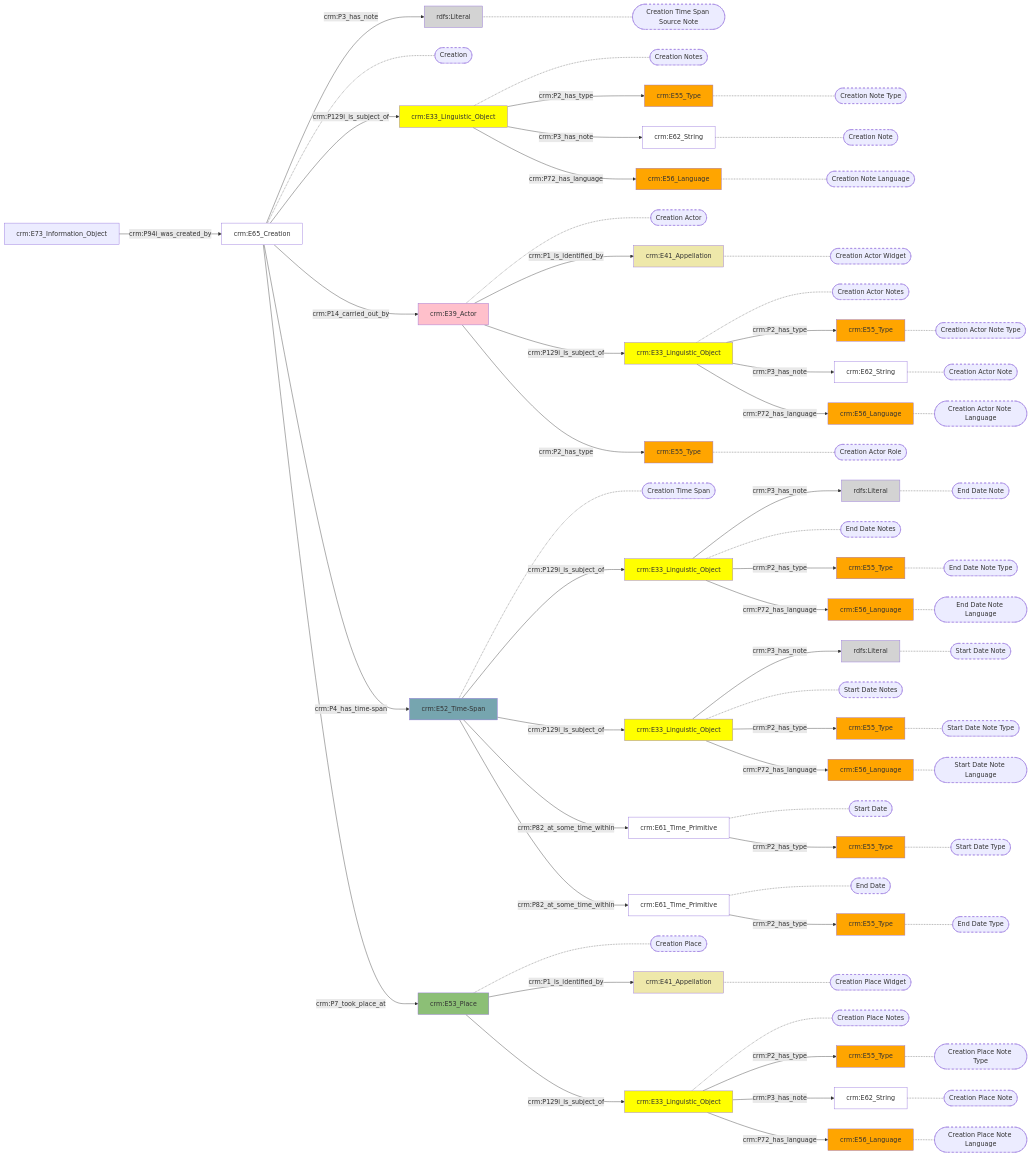
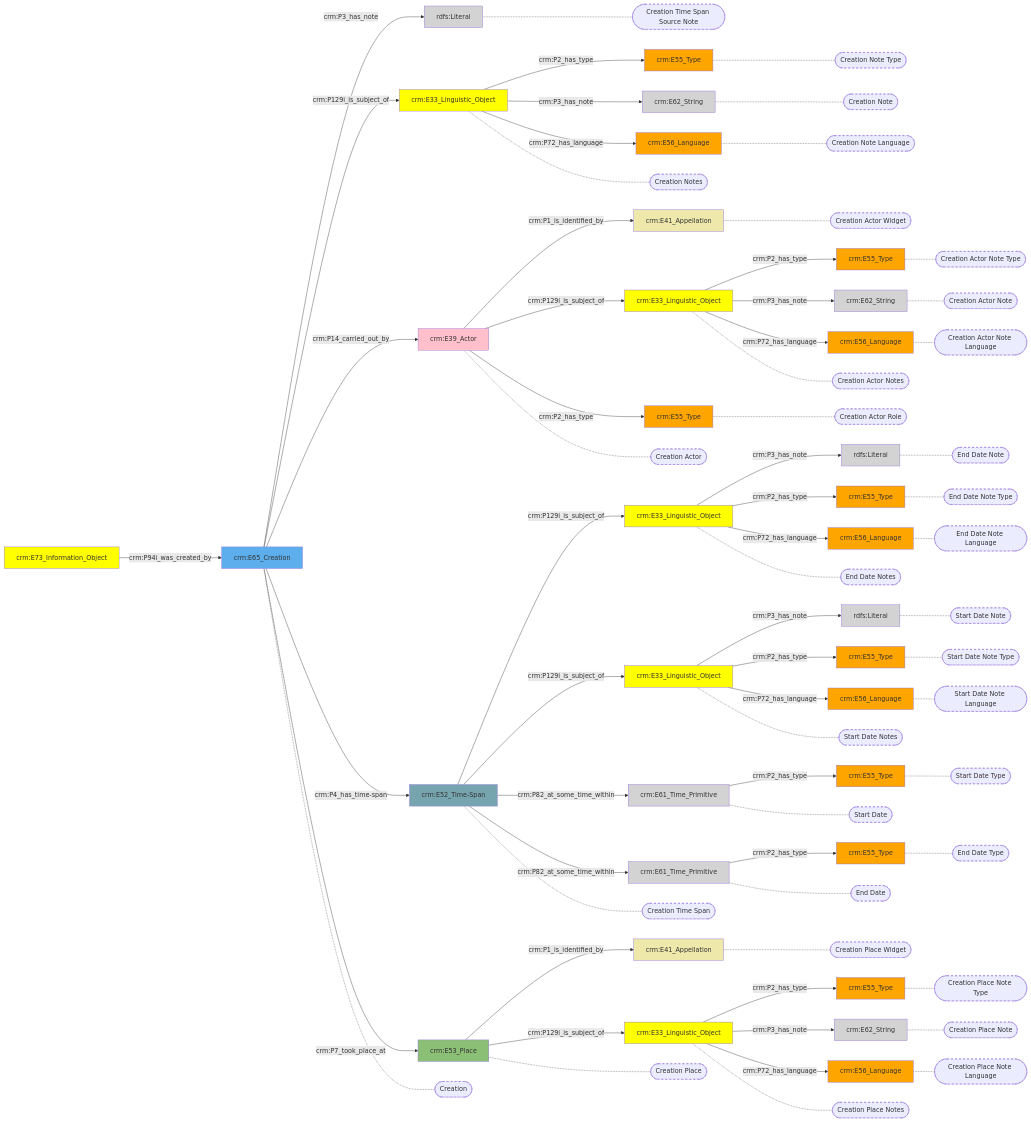
One commit to digipolisantwerpdocumentation/antwerp-cultureel-erfgoed changed the diagram in docs/content/modellen/ArchiefItemImmaterieel/Creatie.md. Above: the diagram before and after it, drawn with Mermaid. The commit also changed 32 other files, not shown here.

````diff
--- a/docs/content/modellen/ArchiefItemImmaterieel/Creatie.md
+++ b/docs/content/modellen/ArchiefItemImmaterieel/Creatie.md
@@ -3,6 +3,35 @@
 2f62e096-a5fe-11ec-b19f-9cf387da2c40["crm:E65_Creation"]-->|"crm:P3_has_note"|2f6242a8-a5fe-11ec-b19f-9cf387da2c40(rdfs:Literal)
 2f6384ba-a5fe-11ec-b19f-9cf387da2c40["crm:E33_Linguistic_Object"]-->|"crm:P3_has_note"|2f638a8c-a5fe-11ec-b19f-9cf387da2c40(rdfs:Literal)
 2f638cd0-a5fe-11ec-b19f-9cf387da2c40["crm:E33_Linguistic_Object"]-->|"crm:P3_has_note"|2f63835c-a5fe-11ec-b19f-9cf387da2c40(rdfs:Literal)
+2f62ac52-a5fe-11ec-b19f-9cf387da2c40["crm:E52_Time-Span"]-->|"crm:P129i_is_subject_of"|2f6384ba-a5fe-11ec-b19f-9cf387da2c40["crm:E33_Linguistic_Object"]
+2f62ac52-a5fe-11ec-b19f-9cf387da2c40["crm:E52_Time-Span"]-->|"crm:P129i_is_subject_of"|2f638cd0-a5fe-11ec-b19f-9cf387da2c40["crm:E33_Linguistic_Object"]
+2f62ac52-a5fe-11ec-b19f-9cf387da2c40["crm:E52_Time-Span"]-->|"crm:P82_at_some_time_within"|2f638848-a5fe-11ec-b19f-9cf387da2c40["crm:E61_Time_Primitive"]
+2f62ac52-a5fe-11ec-b19f-9cf387da2c40["crm:E52_Time-Span"]-->|"crm:P82_at_some_time_within"|2f638c44-a5fe-11ec-b19f-9cf387da2c40["crm:E61_Time_Primitive"]
+2f62b990-a5fe-11ec-b19f-9cf387da2c40["crm:E33_Linguistic_Object"]-->|"crm:P2_has_type"|2f636f8e-a5fe-11ec-b19f-9cf387da2c40["crm:E55_Type"]
+2f62b990-a5fe-11ec-b19f-9cf387da2c40["crm:E33_Linguistic_Object"]-->|"crm:P3_has_note"|2f6368ae-a5fe-11ec-b19f-9cf387da2c40["crm:E62_String"]
+2f62b990-a5fe-11ec-b19f-9cf387da2c40["crm:E33_Linguistic_Object"]-->|"crm:P72_has_language"|2f638186-a5fe-11ec-b19f-9cf387da2c40["crm:E56_Language"]
+2f62c5a2-a5fe-11ec-b19f-9cf387da2c40["crm:E53_Place"]-->|"crm:P1_is_identified_by"|2f63867c-a5fe-11ec-b19f-9cf387da2c40["crm:E41_Appellation"]
+2f62c5a2-a5fe-11ec-b19f-9cf387da2c40["crm:E53_Place"]-->|"crm:P129i_is_subject_of"|2f63896a-a5fe-11ec-b19f-9cf387da2c40["crm:E33_Linguistic_Object"]
+2f62d240-a5fe-11ec-b19f-9cf387da2c40["crm:E39_Actor"]-->|"crm:P1_is_identified_by"|2f6382c6-a5fe-11ec-b19f-9cf387da2c40["crm:E41_Appellation"]
+2f62d240-a5fe-11ec-b19f-9cf387da2c40["crm:E39_Actor"]-->|"crm:P129i_is_subject_of"|2f638230-a5fe-11ec-b19f-9cf387da2c40["crm:E33_Linguistic_Object"]
+2f62d240-a5fe-11ec-b19f-9cf387da2c40["crm:E39_Actor"]-->|"crm:P2_has_type"|2f63940a-a5fe-11ec-b19f-9cf387da2c40["crm:E55_Type"]
+2f62e096-a5fe-11ec-b19f-9cf387da2c40["crm:E65_Creation"]-->|"crm:P129i_is_subject_of"|2f62b990-a5fe-11ec-b19f-9cf387da2c40["crm:E33_Linguistic_Object"]
+2f62e096-a5fe-11ec-b19f-9cf387da2c40["crm:E65_Creation"]-->|"crm:P14_carried_out_by"|2f62d240-a5fe-11ec-b19f-9cf387da2c40["crm:E39_Actor"]
+2f62e096-a5fe-11ec-b19f-9cf387da2c40["crm:E65_Creation"]-->|"crm:P4_has_time-span"|2f62ac52-a5fe-11ec-b19f-9cf387da2c40["crm:E52_Time-Span"]
+2f62e096-a5fe-11ec-b19f-9cf387da2c40["crm:E65_Creation"]-->|"crm:P7_took_place_at"|2f62c5a2-a5fe-11ec-b19f-9cf387da2c40["crm:E53_Place"]
+2f638230-a5fe-11ec-b19f-9cf387da2c40["crm:E33_Linguistic_Object"]-->|"crm:P2_has_type"|2f638712-a5fe-11ec-b19f-9cf387da2c40["crm:E55_Type"]
+2f638230-a5fe-11ec-b19f-9cf387da2c40["crm:E33_Linguistic_Object"]-->|"crm:P3_has_note"|2f6385dc-a5fe-11ec-b19f-9cf387da2c40["crm:E62_String"]
+2f638230-a5fe-11ec-b19f-9cf387da2c40["crm:E33_Linguistic_Object"]-->|"crm:P72_has_language"|2f638bae-a5fe-11ec-b19f-9cf387da2c40["crm:E56_Language"]
+2f6384ba-a5fe-11ec-b19f-9cf387da2c40["crm:E33_Linguistic_Object"]-->|"crm:P2_has_type"|2f638dfc-a5fe-11ec-b19f-9cf387da2c40["crm:E55_Type"]
+2f6384ba-a5fe-11ec-b19f-9cf387da2c40["crm:E33_Linguistic_Object"]-->|"crm:P72_has_language"|2f638550-a5fe-11ec-b19f-9cf387da2c40["crm:E56_Language"]
+2f638848-a5fe-11ec-b19f-9cf387da2c40["crm:E61_Time_Primitive"]-->|"crm:P2_has_type"|2f638424-a5fe-11ec-b19f-9cf387da2c40["crm:E55_Type"]
+2f63896a-a5fe-11ec-b19f-9cf387da2c40["crm:E33_Linguistic_Object"]-->|"crm:P2_has_type"|2f639252-a5fe-11ec-b19f-9cf387da2c40["crm:E55_Type"]
+2f63896a-a5fe-11ec-b19f-9cf387da2c40["crm:E33_Linguistic_Object"]-->|"crm:P3_has_note"|2f638b22-a5fe-11ec-b19f-9cf387da2c40["crm:E62_String"]
+2f63896a-a5fe-11ec-b19f-9cf387da2c40["crm:E33_Linguistic_Object"]-->|"crm:P72_has_language"|2f63954a-a5fe-11ec-b19f-9cf387da2c40["crm:E56_Language"]
+2f638c44-a5fe-11ec-b19f-9cf387da2c40["crm:E61_Time_Primitive"]-->|"crm:P2_has_type"|2f6388d4-a5fe-11ec-b19f-9cf387da2c40["crm:E55_Type"]
+2f638cd0-a5fe-11ec-b19f-9cf387da2c40["crm:E33_Linguistic_Object"]-->|"crm:P2_has_type"|2f6380e6-a5fe-11ec-b19f-9cf387da2c40["crm:E55_Type"]
+2f638cd0-a5fe-11ec-b19f-9cf387da2c40["crm:E33_Linguistic_Object"]-->|"crm:P72_has_language"|2f6389f6-a5fe-11ec-b19f-9cf387da2c40["crm:E56_Language"]
+2f63ae40-a5fe-11ec-b19f-9cf387da2c40["crm:E73_Information_Object"]-->|"crm:P94i_was_created_by"|2f62e096-a5fe-11ec-b19f-9cf387da2c40["crm:E65_Creation"]
 2f6384ba-a5fe-11ec-b19f-9cf387da2c40["crm:E33_Linguistic_Object"]-.-2f6384ba-a5fe-11ec-b19f-9cf387da2c40_s(["End Date Notes"])
 2f638cd0-a5fe-11ec-b19f-9cf387da2c40["crm:E33_Linguistic_Object"]-.-2f638cd0-a5fe-11ec-b19f-9cf387da2c40_s(["Start Date Notes"])
 2f638848-a5fe-11ec-b19f-9cf387da2c40["crm:E61_Time_Primitive"]-.-2f638848-a5fe-11ec-b19f-9cf387da2c40_s(["Start Date"])
@@ -35,35 +64,6 @@
 2f63835c-a5fe-11ec-b19f-9cf387da2c40["rdfs:Literal"]-.-2f63835c-a5fe-11ec-b19f-9cf387da2c40_s(["Start Date Note"])
 2f6389f6-a5fe-11ec-b19f-9cf387da2c40["crm:E56_Language"]-.-2f6389f6-a5fe-11ec-b19f-9cf387da2c40_s(["Start Date Note Language"])
 2f62e096-a5fe-11ec-b19f-9cf387da2c40["crm:E65_Creation"]-.-2f62e096-a5fe-11ec-b19f-9cf387da2c40_s(["Creation"])
-2f62ac52-a5fe-11ec-b19f-9cf387da2c40["crm:E52_Time-Span"]-->|"crm:P129i_is_subject_of"|2f6384ba-a5fe-11ec-b19f-9cf387da2c40["crm:E33_Linguistic_Object"]
-2f62ac52-a5fe-11ec-b19f-9cf387da2c40["crm:E52_Time-Span"]-->|"crm:P129i_is_subject_of"|2f638cd0-a5fe-11ec-b19f-9cf387da2c40["crm:E33_Linguistic_Object"]
-2f62ac52-a5fe-11ec-b19f-9cf387da2c40["crm:E52_Time-Span"]-->|"crm:P82_at_some_time_within"|2f638848-a5fe-11ec-b19f-9cf387da2c40["crm:E61_Time_Primitive"]
-2f62ac52-a5fe-11ec-b19f-9cf387da2c40["crm:E52_Time-Span"]-->|"crm:P82_at_some_time_within"|2f638c44-a5fe-11ec-b19f-9cf387da2c40["crm:E61_Time_Primitive"]
-2f62b990-a5fe-11ec-b19f-9cf387da2c40["crm:E33_Linguistic_Object"]-->|"crm:P2_has_type"|2f636f8e-a5fe-11ec-b19f-9cf387da2c40["crm:E55_Type"]
-2f62b990-a5fe-11ec-b19f-9cf387da2c40["crm:E33_Linguistic_Object"]-->|"crm:P3_has_note"|2f6368ae-a5fe-11ec-b19f-9cf387da2c40["crm:E62_String"]
-2f62b990-a5fe-11ec-b19f-9cf387da2c40["crm:E33_Linguistic_Object"]-->|"crm:P72_has_language"|2f638186-a5fe-11ec-b19f-9cf387da2c40["crm:E56_Language"]
-2f62c5a2-a5fe-11ec-b19f-9cf387da2c40["crm:E53_Place"]-->|"crm:P1_is_identified_by"|2f63867c-a5fe-11ec-b19f-9cf387da2c40["crm:E41_Appellation"]
-2f62c5a2-a5fe-11ec-b19f-9cf387da2c40["crm:E53_Place"]-->|"crm:P129i_is_subject_of"|2f63896a-a5fe-11ec-b19f-9cf387da2c40["crm:E33_Linguistic_Object"]
-2f62d240-a5fe-11ec-b19f-9cf387da2c40["crm:E39_Actor"]-->|"crm:P1_is_identified_by"|2f6382c6-a5fe-11ec-b19f-9cf387da2c40["crm:E41_Appellation"]
-2f62d240-a5fe-11ec-b19f-9cf387da2c40["crm:E39_Actor"]-->|"crm:P129i_is_subject_of"|2f638230-a5fe-11ec-b19f-9cf387da2c40["crm:E33_Linguistic_Object"]
-2f62d240-a5fe-11ec-b19f-9cf387da2c40["crm:E39_Actor"]-->|"crm:P2_has_type"|2f63940a-a5fe-11ec-b19f-9cf387da2c40["crm:E55_Type"]
-2f62e096-a5fe-11ec-b19f-9cf387da2c40["crm:E65_Creation"]-->|"crm:P129i_is_subject_of"|2f62b990-a5fe-11ec-b19f-9cf387da2c40["crm:E33_Linguistic_Object"]
-2f62e096-a5fe-11ec-b19f-9cf387da2c40["crm:E65_Creation"]-->|"crm:P14_carried_out_by"|2f62d240-a5fe-11ec-b19f-9cf387da2c40["crm:E39_Actor"]
-2f62e096-a5fe-11ec-b19f-9cf387da2c40["crm:E65_Creation"]-->|"crm:P4_has_time-span"|2f62ac52-a5fe-11ec-b19f-9cf387da2c40["crm:E52_Time-Span"]
-2f62e096-a5fe-11ec-b19f-9cf387da2c40["crm:E65_Creation"]-->|"crm:P7_took_place_at"|2f62c5a2-a5fe-11ec-b19f-9cf387da2c40["crm:E53_Place"]
-2f638230-a5fe-11ec-b19f-9cf387da2c40["crm:E33_Linguistic_Object"]-->|"crm:P2_has_type"|2f638712-a5fe-11ec-b19f-9cf387da2c40["crm:E55_Type"]
-2f638230-a5fe-11ec-b19f-9cf387da2c40["crm:E33_Linguistic_Object"]-->|"crm:P3_has_note"|2f6385dc-a5fe-11ec-b19f-9cf387da2c40["crm:E62_String"]
-2f638230-a5fe-11ec-b19f-9cf387da2c40["crm:E33_Linguistic_Object"]-->|"crm:P72_has_language"|2f638bae-a5fe-11ec-b19f-9cf387da2c40["crm:E56_Language"]
-2f6384ba-a5fe-11ec-b19f-9cf387da2c40["crm:E33_Linguistic_Object"]-->|"crm:P2_has_type"|2f638dfc-a5fe-11ec-b19f-9cf387da2c40["crm:E55_Type"]
-2f6384ba-a5fe-11ec-b19f-9cf387da2c40["crm:E33_Linguistic_Object"]-->|"crm:P72_has_language"|2f638550-a5fe-11ec-b19f-9cf387da2c40["crm:E56_Language"]
-2f638848-a5fe-11ec-b19f-9cf387da2c40["crm:E61_Time_Primitive"]-->|"crm:P2_has_type"|2f638424-a5fe-11ec-b19f-9cf387da2c40["crm:E55_Type"]
-2f63896a-a5fe-11ec-b19f-9cf387da2c40["crm:E33_Linguistic_Object"]-->|"crm:P2_has_type"|2f639252-a5fe-11ec-b19f-9cf387da2c40["crm:E55_Type"]
-2f63896a-a5fe-11ec-b19f-9cf387da2c40["crm:E33_Linguistic_Object"]-->|"crm:P3_has_note"|2f638b22-a5fe-11ec-b19f-9cf387da2c40["crm:E62_String"]
-2f63896a-a5fe-11ec-b19f-9cf387da2c40["crm:E33_Linguistic_Object"]-->|"crm:P72_has_language"|2f63954a-a5fe-11ec-b19f-9cf387da2c40["crm:E56_Language"]
-2f638c44-a5fe-11ec-b19f-9cf387da2c40["crm:E61_Time_Primitive"]-->|"crm:P2_has_type"|2f6388d4-a5fe-11ec-b19f-9cf387da2c40["crm:E55_Type"]
-2f638cd0-a5fe-11ec-b19f-9cf387da2c40["crm:E33_Linguistic_Object"]-->|"crm:P2_has_type"|2f6380e6-a5fe-11ec-b19f-9cf387da2c40["crm:E55_Type"]
-2f638cd0-a5fe-11ec-b19f-9cf387da2c40["crm:E33_Linguistic_Object"]-->|"crm:P72_has_language"|2f6389f6-a5fe-11ec-b19f-9cf387da2c40["crm:E56_Language"]
-2f63ae40-a5fe-11ec-b19f-9cf387da2c40["crm:E73_Information_Object"]-->|"crm:P94i_was_created_by"|2f62e096-a5fe-11ec-b19f-9cf387da2c40["crm:E65_Creation"]
 style 2f6384ba-a5fe-11ec-b19f-9cf387da2c40_s stroke-dasharray: 5
 style 2f638cd0-a5fe-11ec-b19f-9cf387da2c40_s stroke-dasharray: 5
 style 2f638848-a5fe-11ec-b19f-9cf387da2c40_s stroke-dasharray: 5
@@ -101,8 +101,8 @@
 style 2f62b990-a5fe-11ec-b19f-9cf387da2c40 fill:#ffff00
 style 2f62c5a2-a5fe-11ec-b19f-9cf387da2c40 fill:#8CBF76
 style 2f62d240-a5fe-11ec-b19f-9cf387da2c40 fill:#ffc0cb
-style 2f62e096-a5fe-11ec-b19f-9cf387da2c40 fill:#ffffff
-style 2f6368ae-a5fe-11ec-b19f-9cf387da2c40 fill:#ffffff
+style 2f62e096-a5fe-11ec-b19f-9cf387da2c40 fill:#5DAEEC
+style 2f6368ae-a5fe-11ec-b19f-9cf387da2c40 fill:#D3D3D3
 style 2f636f8e-a5fe-11ec-b19f-9cf387da2c40 fill:#ffa500
 style 2f6380e6-a5fe-11ec-b19f-9cf387da2c40 fill:#ffa500
 style 2f638186-a5fe-11ec-b19f-9cf387da2c40 fill:#ffa500
@@ -112,20 +112,21 @@
 style 2f638424-a5fe-11ec-b19f-9cf387da2c40 fill:#ffa500
 style 2f6384ba-a5fe-11ec-b19f-9cf387da2c40 fill:#ffff00
 style 2f638550-a5fe-11ec-b19f-9cf387da2c40 fill:#ffa500
-style 2f6385dc-a5fe-11ec-b19f-9cf387da2c40 fill:#ffffff
+style 2f6385dc-a5fe-11ec-b19f-9cf387da2c40 fill:#D3D3D3
 style 2f63867c-a5fe-11ec-b19f-9cf387da2c40 fill:#EEE8AA
 style 2f638712-a5fe-11ec-b19f-9cf387da2c40 fill:#ffa500
-style 2f638848-a5fe-11ec-b19f-9cf387da2c40 fill:#ffffff
+style 2f638848-a5fe-11ec-b19f-9cf387da2c40 fill:#D3D3D3
 style 2f6388d4-a5fe-11ec-b19f-9cf387da2c40 fill:#ffa500
 style 2f63896a-a5fe-11ec-b19f-9cf387da2c40 fill:#ffff00
 style 2f6389f6-a5fe-11ec-b19f-9cf387da2c40 fill:#ffa500
 style 2f638a8c-a5fe-11ec-b19f-9cf387da2c40 fill:#D3D3D3
-style 2f638b22-a5fe-11ec-b19f-9cf387da2c40 fill:#ffffff
+style 2f638b22-a5fe-11ec-b19f-9cf387da2c40 fill:#D3D3D3
 style 2f638bae-a5fe-11ec-b19f-9cf387da2c40 fill:#ffa500
-style 2f638c44-a5fe-11ec-b19f-9cf387da2c40 fill:#ffffff
+style 2f638c44-a5fe-11ec-b19f-9cf387da2c40 fill:#D3D3D3
 style 2f638cd0-a5fe-11ec-b19f-9cf387da2c40 fill:#ffff00
 style 2f638dfc-a5fe-11ec-b19f-9cf387da2c40 fill:#ffa500
 style 2f639252-a5fe-11ec-b19f-9cf387da2c40 fill:#ffa500
 style 2f63940a-a5fe-11ec-b19f-9cf387da2c40 fill:#ffa500
 style 2f63954a-a5fe-11ec-b19f-9cf387da2c40 fill:#ffa500
+style 2f63ae40-a5fe-11ec-b19f-9cf387da2c40 fill:#ffff00
 ```
````
